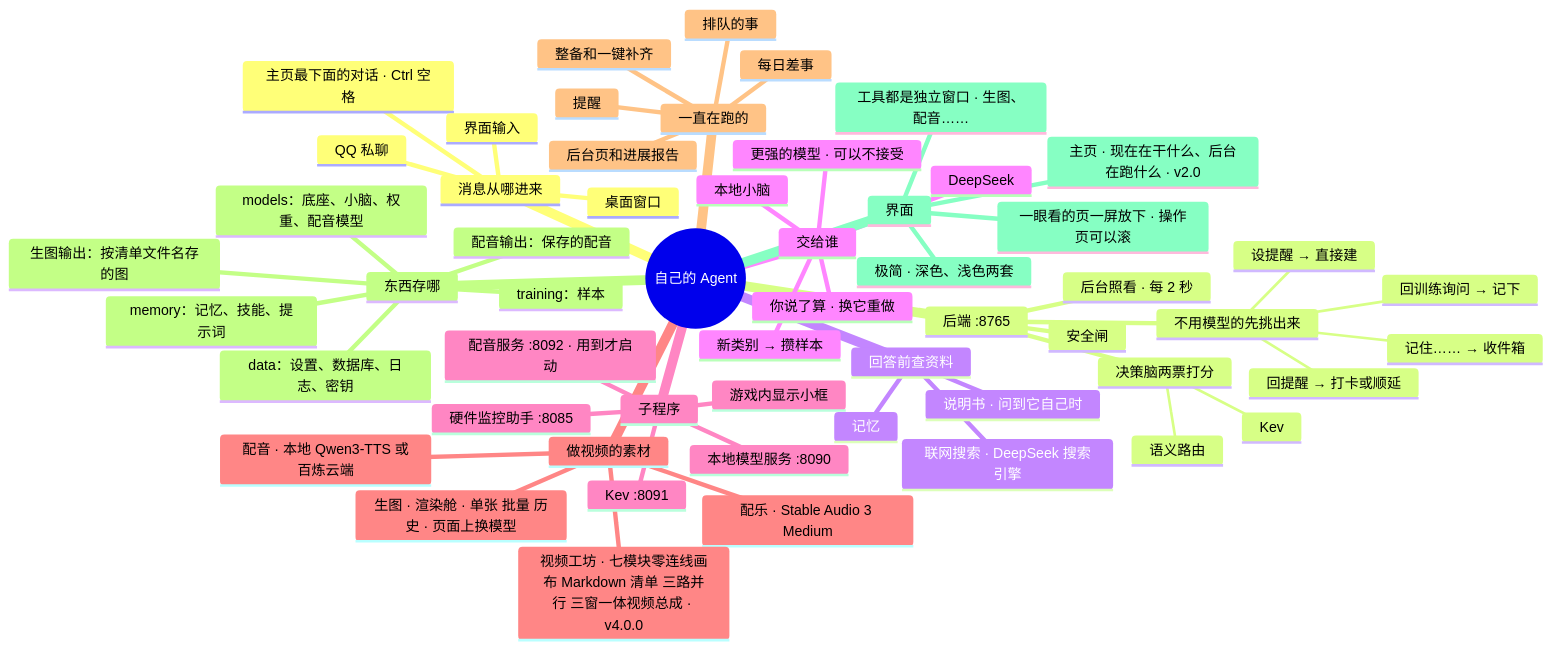
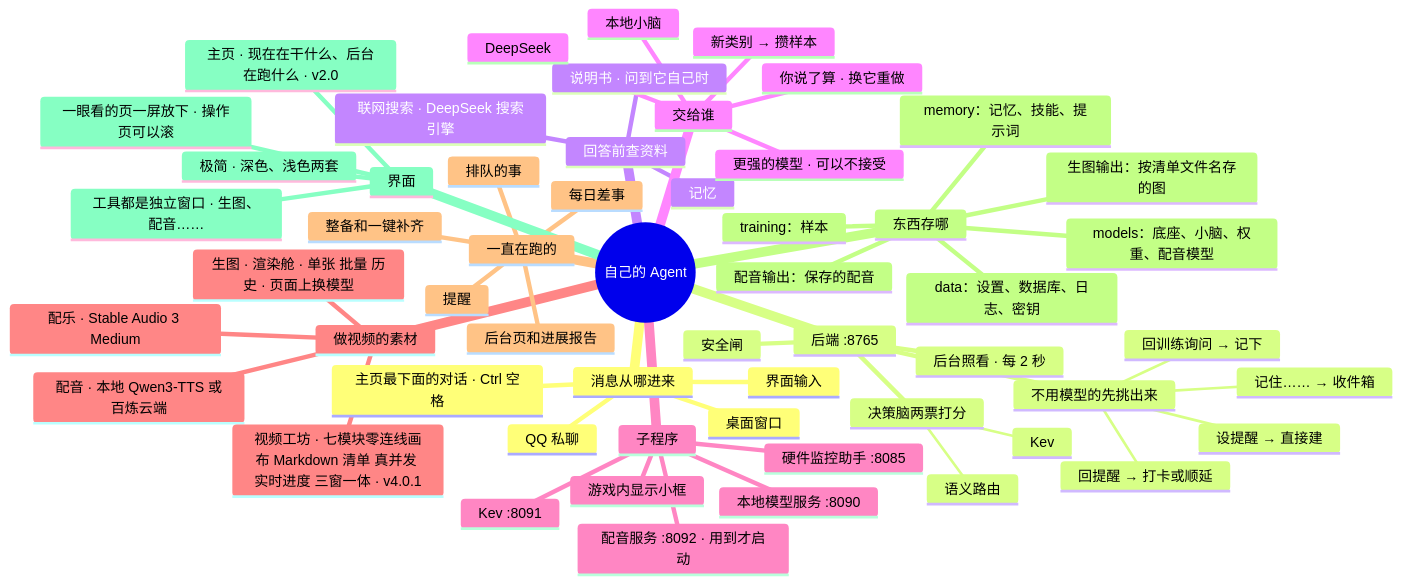
One commit to lql-076/Experiment-Agent-One changed the diagram in docs/AI文档/架构/00-总览.md. Above: the diagram before and after it, drawn with Mermaid. The commit also changed other lines of this file and 20 other files, not shown here.

```diff
--- a/docs/AI文档/架构/00-总览.md
+++ b/docs/AI文档/架构/00-总览.md
@@ -68,7 +68,7 @@
       :::go-15
       配乐 · Stable Audio 3 Medium
       :::go-18
-      视频工坊 · 七模块零连线画布 Markdown 清单 三路并行 三窗一体视频总成 · v4.0.0
+      视频工坊 · 七模块零连线画布 Markdown 清单 真并发 实时进度 三窗一体 · v4.0.1
       :::go-20
     一直在跑的
       提醒
```
